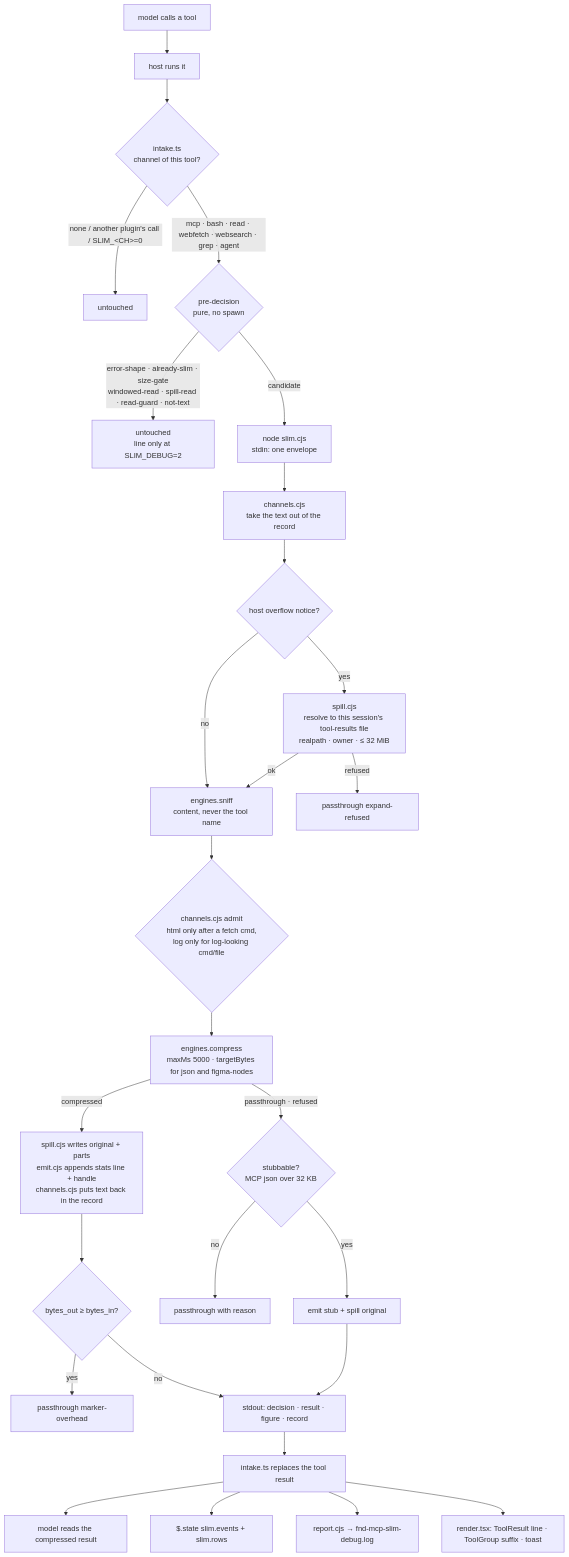
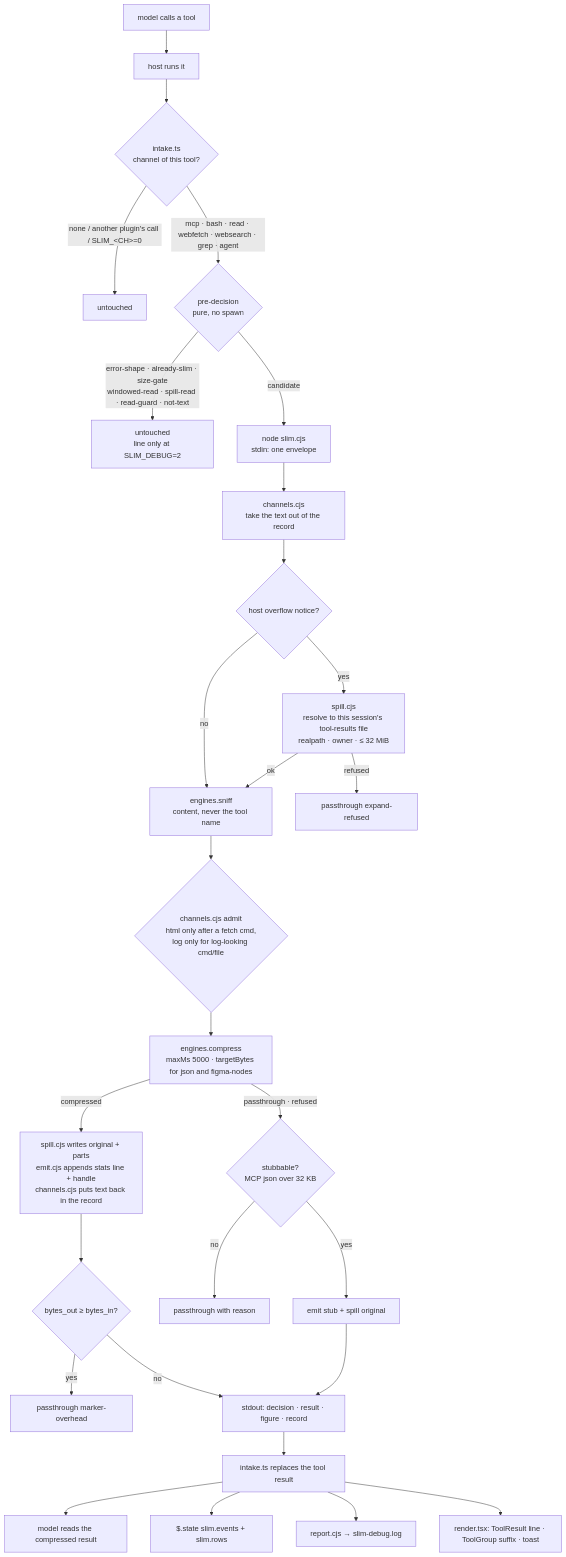
The diagram in plugins/slim/ARCHITECTURE.md (domaine-oleksandr-kever/claude-plugins), drawn with Mermaid before and after one commit. The commit also changed other lines of this file and 24 other files, not shown here.

````diff
--- a/plugins/slim/ARCHITECTURE.md
+++ b/plugins/slim/ARCHITECTURE.md
@@ -91,30 +91,30 @@
 ```mermaid
 flowchart TD
   A[model calls a tool] --> B[host runs it]
   B --> C{intake.ts<br/>channel of this tool?}
   C -- none / another plugin's call / SLIM_&lt;CH&gt;=0 --> Z0[untouched]
   C -- mcp · bash · read · webfetch · websearch · grep · agent --> D{pre-decision<br/>pure, no spawn}
   D -- error-shape · already-slim · size-gate<br/>windowed-read · spill-read · read-guard · not-text --> Z1[untouched<br/>line only at SLIM_DEBUG=2]
   D -- candidate --> E[node slim.cjs<br/>stdin: one envelope]
   E --> F[channels.cjs<br/>take the text out of the record]
   F --> G{host overflow notice?}
   G -- yes --> H[spill.cjs<br/>resolve to this session's tool-results file<br/>realpath · owner · ≤ 32 MiB]
   G -- no --> I
   H -- refused --> Z2[passthrough expand-refused]
   H -- ok --> I[engines.sniff<br/>content, never the tool name]
   I --> J{channels.cjs admit<br/>html only after a fetch cmd,<br/>log only for log-looking cmd/file}
   J --> K[engines.compress<br/>maxMs 5000 · targetBytes for json and figma-nodes]
   K -- passthrough · refused --> L{stubbable?<br/>MCP json over 32 KB}
   L -- yes --> M[emit stub + spill original]
   L -- no --> Z3[passthrough with reason]
   K -- compressed --> N[spill.cjs writes original + parts<br/>emit.cjs appends stats line + handle<br/>channels.cjs puts text back in the record]
   N --> O{bytes_out ≥ bytes_in?}
   O -- yes --> Z4[passthrough marker-overhead]
   O -- no --> P[stdout: decision · result · figure · record]
   M --> P
   P --> Q[intake.ts replaces the tool result]
   Q --> R1[model reads the compressed result]
   Q --> R2[$.state slim.events + slim.rows]
-  Q --> R3[report.cjs → fnd-mcp-slim-debug.log]
+  Q --> R3[report.cjs → slim-debug.log]
   Q --> R4[render.tsx: ToolResult line · ToolGroup suffix · toast]
 ```
````
